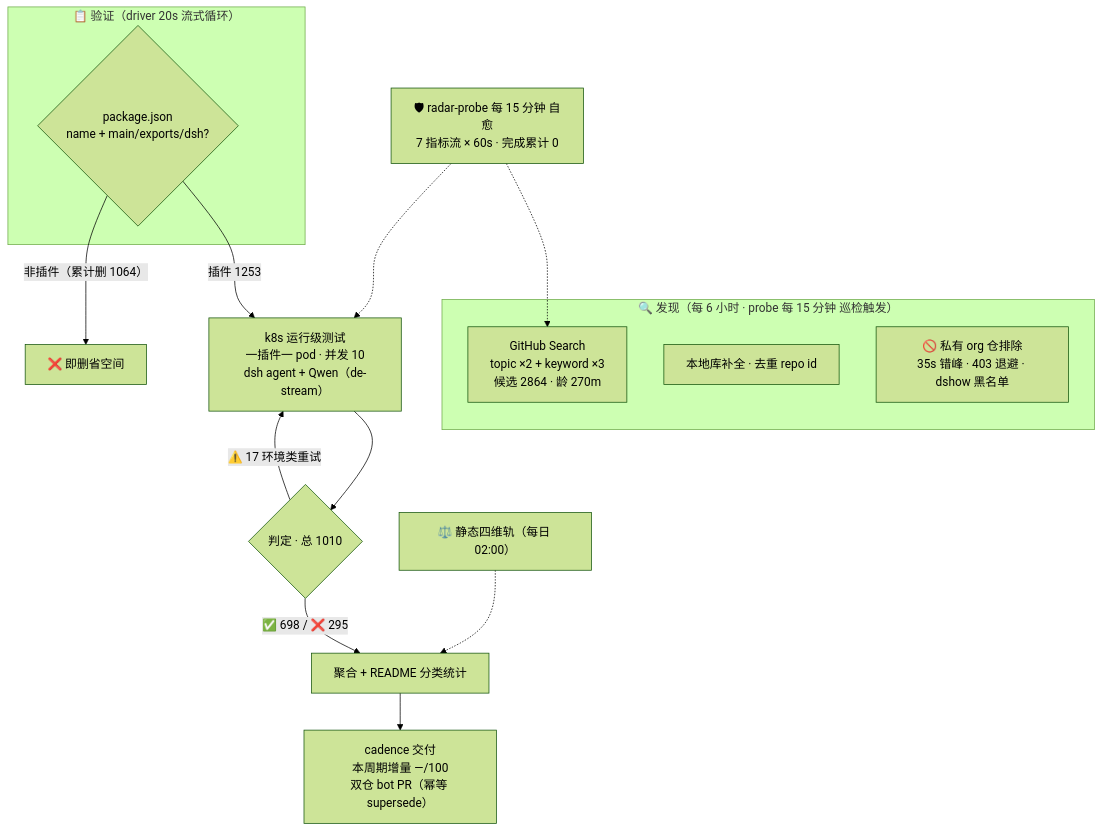
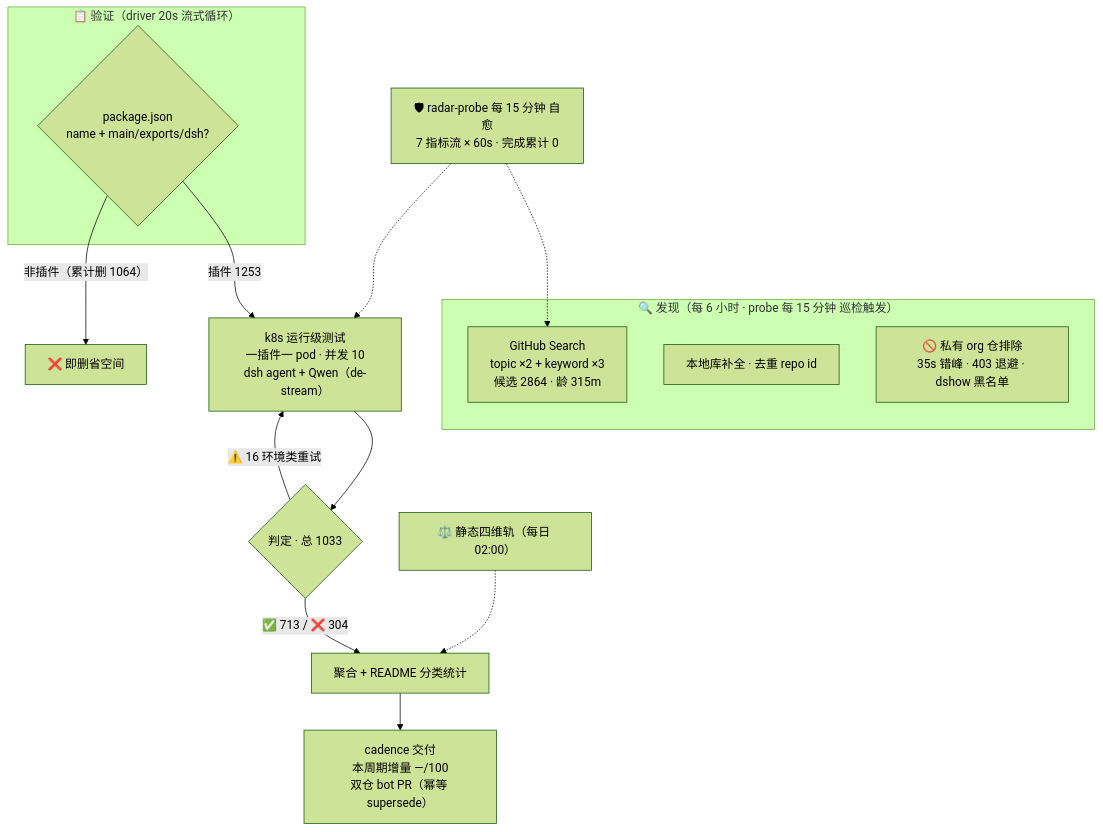
The diagram in README.md (Zhidao-Lab-OSS/awesome-dsh-plugins), drawn with Mermaid (forest theme) before and after one commit. The commit also changed other lines of this file and 1 other file, not shown here.

````diff
--- a/README.md
+++ b/README.md
@@ -32,20 +32,20 @@
 ```mermaid
 flowchart TB
     subgraph Discovery["🔍 发现（每 6 小时 · probe 每 15 分钟 巡检触发）"]
-        A1["GitHub Search<br/>topic ×2 + keyword ×3<br/>候选 2864 · 龄 270m"]
+        A1["GitHub Search<br/>topic ×2 + keyword ×3<br/>候选 2864 · 龄 315m"]
         A2["本地库补全 · 去重 repo id"]
         A3["🚫 私有 org 仓排除<br/>35s 错峰 · 403 退避 · dshow 黑名单"]
     end
     subgraph Validation["📋 验证（driver 20s 流式循环）"]
         B1{"package.json<br/>name + main/exports/dsh?"}
     end
     B1 -->|"插件 1253"| C1["k8s 运行级测试<br/>一插件一 pod · 并发 10<br/>dsh agent + Qwen（de-stream）"]
     B1 -->|"非插件（累计删 1064）"| B3["❌ 即删省空间"]
-    C1 --> D1{"判定 · 总 1010"}
-    D1 -->|"✅ 698 / ❌ 295"| E1["聚合 + README 分类统计"]
-    D1 -->|"⚠️ 17 环境类重试"| C1
+    C1 --> D1{"判定 · 总 1033"}
+    D1 -->|"✅ 713 / ❌ 304"| E1["聚合 + README 分类统计"]
+    D1 -->|"⚠️ 16 环境类重试"| C1
     E1 --> E2["cadence 交付<br/>本周期增量 —/100<br/>双仓 bot PR（幂等 supersede）"]
     S["⚖️ 静态四维轨（每日 02:00）"] -.-> E1
     M["🛡 radar-probe 每 15 分钟 自愈<br/>7 指标流 × 60s · 完成累计 0"] -.-> A1
     M -.-> C1
 ```
````
